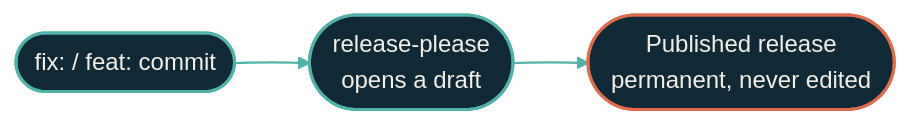
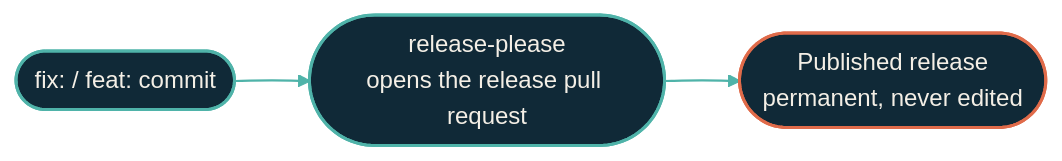
One commit to dryvist/docs changed the first of 2 diagrams in infrastructure/cicd/policy.mdx. Above: the diagram before and after it, drawn with Mermaid. The commit also changed other lines of this file and 13 other files, not shown here.

````diff
--- a/infrastructure/cicd/policy.mdx
+++ b/infrastructure/cicd/policy.mdx
@@ -14,25 +9,25 @@
 ```mermaid
 %%{init: {"theme":"base","look":"handDrawn","themeVariables":{"primaryColor":"#123a36","primaryTextColor":"#f4efe6","primaryBorderColor":"#4fb3a9","lineColor":"#4fb3a9","secondaryColor":"#0b1d2a","tertiaryColor":"#16293a","clusterBkg":"#08151f","clusterBorder":"#4fb3a9","fontFamily":"'Geist Sans', system-ui, -apple-system, BlinkMacSystemFont, 'Segoe UI', Roboto, sans-serif","fontSize":"14px"}}}%%
 flowchart LR
   classDef src fill:#16293a,stroke:#e06b4a,stroke-width:2px,color:#f4efe6;
   classDef ai fill:#16293a,stroke:#e06b4a,stroke-width:2px,color:#f4efe6;
   classDef gate fill:#16293a,stroke:#e06b4a,stroke-width:2.5px,color:#f4efe6;
   classDef hop fill:#16293a,stroke:#4fb3a9,stroke-width:2px,color:#f4efe6;
   classDef host fill:#16293a,stroke:#4fb3a9,stroke-width:2px,color:#f4efe6;
   classDef sink fill:#16293a,stroke:#f4efe6,stroke-width:2px,color:#f4efe6;
   classDef auto fill:#16293a,stroke:#f4efe6,stroke-width:1.5px,color:#f4efe6;
   classDef external fill:#16293a,stroke:#e6b35a,stroke-width:2px,color:#f4efe6;
   Commit([fix: / feat: commit])
-  Draft([release-please<br/>opens a draft])
+  Release([release-please<br/>opens the release pull request])
   Published([Published release<br/>permanent, never edited])
 
-  Commit --> Draft --> Published
+  Commit --> Release --> Published
 
   classDef step fill:#102937,stroke:#4FB3A9,stroke-width:2px,color:#F4EFE6;
   classDef done fill:#102937,stroke:#E06B4A,stroke-width:2px,color:#F4EFE6;
 
-  class Commit,Draft step
+  class Commit,Release step
   class Published done
 
   linkStyle default stroke:#4FB3A9,stroke-width:1.5px;
 ```
````
